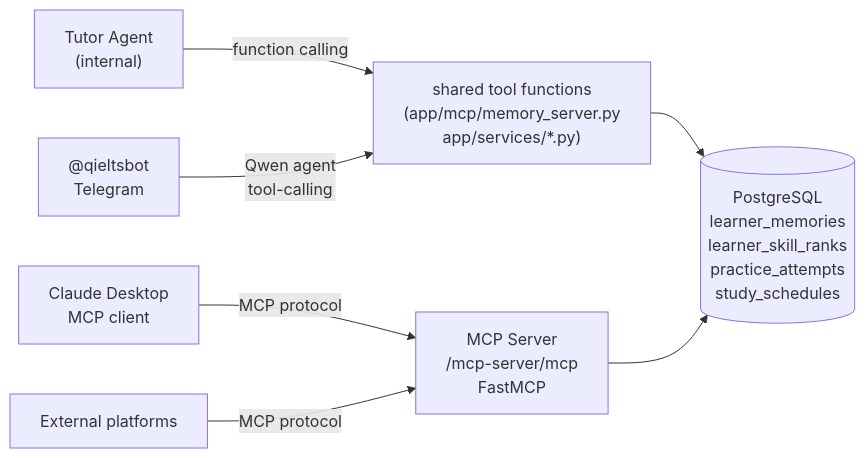
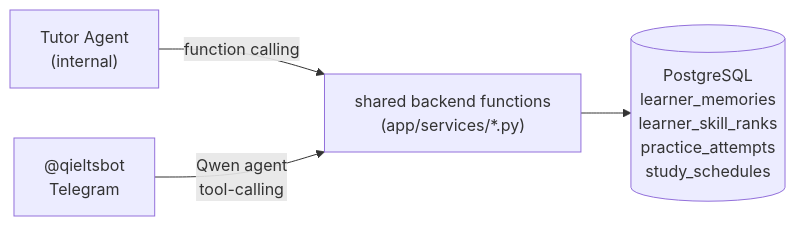
One commit to DareAdekunle/IELTS-memoryCoach changed diagram 11 of 12 in ARCHITECTURE.md. Above: the diagram before and after it, drawn with Mermaid. The commit also changed other lines of this file and 19 other files, not shown here.

Commit message:
Updated the architecture diagram and added a problem statement document. Fixed typos in screenshots and added a new screenshot for skill mastery. Updated frontend context and chat coach page. Updated requirements and seed demo script.

````diff
--- a/ARCHITECTURE.md
+++ b/ARCHITECTURE.md
@@ -395,13 +391,8 @@
 ```mermaid
 graph LR
     A["Tutor Agent\n(internal)"] -->|function calling| TOOLS
-    B["Claude Desktop\nMCP client"] -->|MCP protocol| MCP
-    C["External platforms"] -->|MCP protocol| MCP
     D["@qieltsbot\nTelegram"] -->|Qwen agent\ntool-calling| TOOLS
 
-    TOOLS["shared tool functions\n(app/mcp/memory_server.py\napp/services/*.py)"]
-    MCP["MCP Server\n/mcp-server/mcp\nFastMCP"]
-
-    TOOLS --> DB
-    MCP --> DB[("PostgreSQL\nlearner_memories\nlearner_skill_ranks\npractice_attempts\nstudy_schedules")]
+    TOOLS["shared backend functions\n(app/services/*.py)"]
+    TOOLS --> DB[("PostgreSQL\nlearner_memories\nlearner_skill_ranks\npractice_attempts\nstudy_schedules")]
 ```
````
